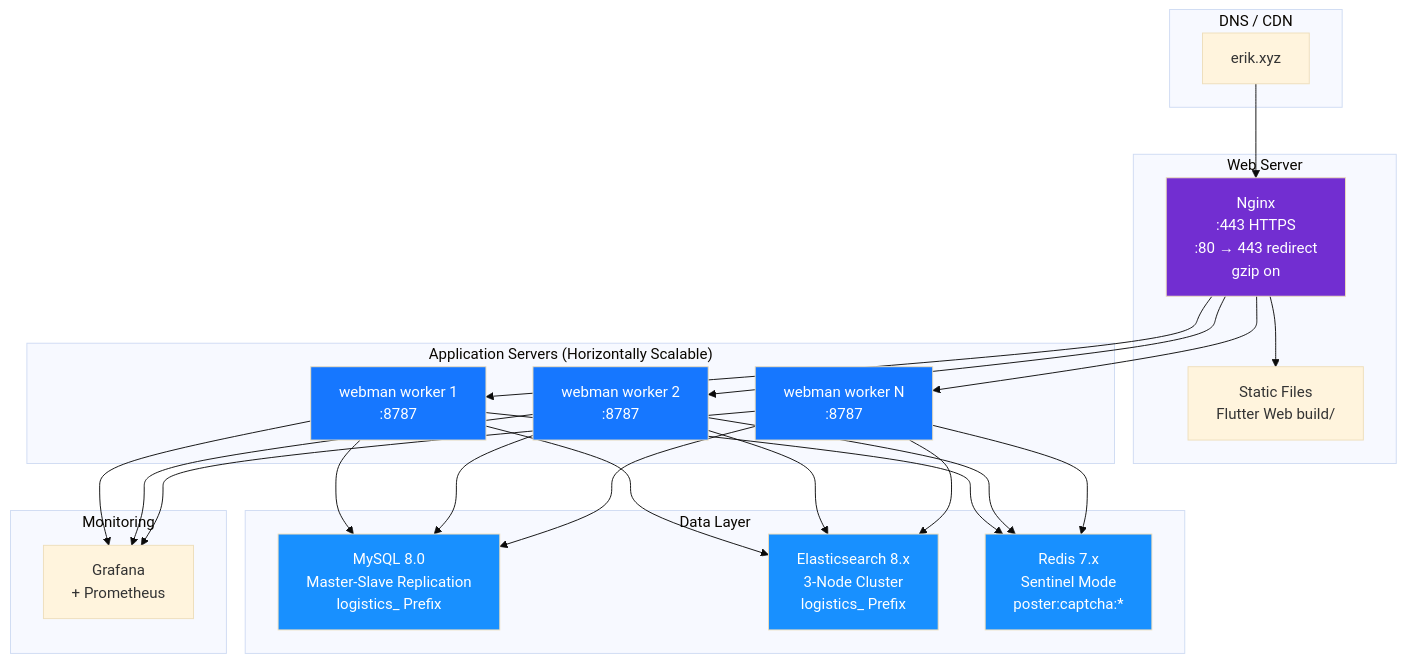
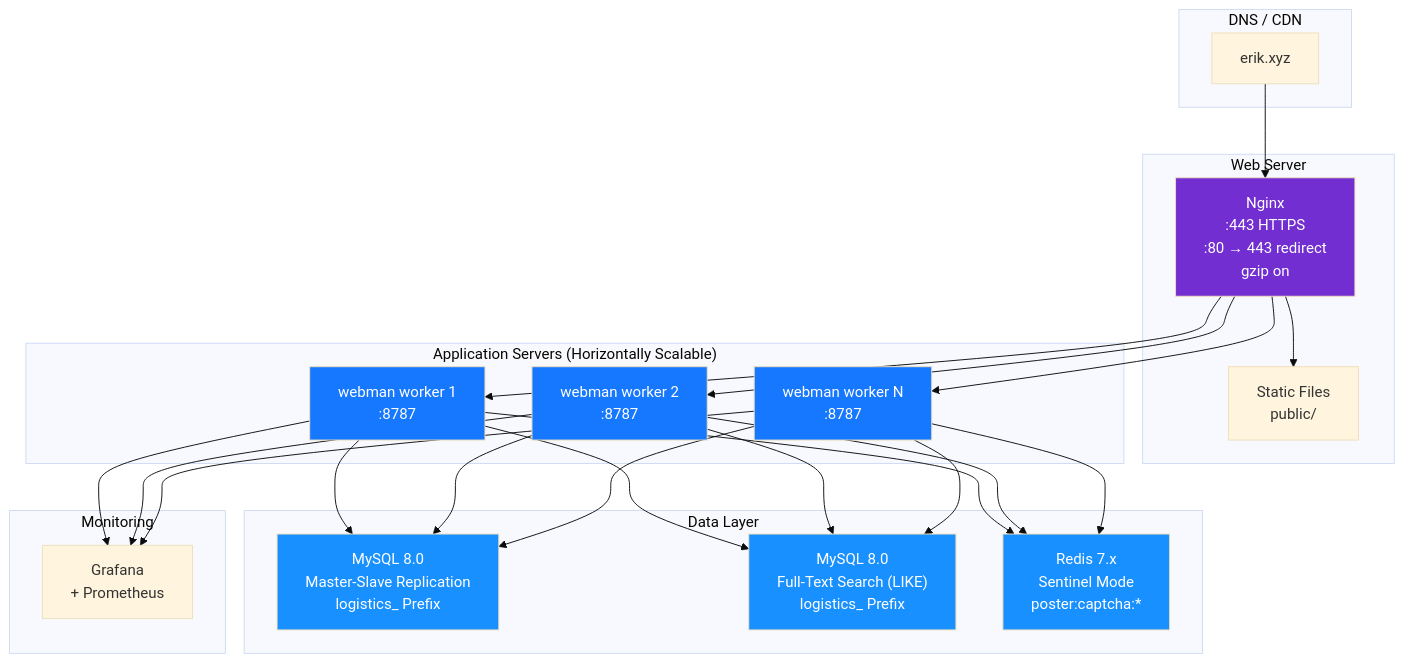
Diagram 12 of 12 in admin/docs/ARCHITECTURE.en.md (erikwang2013/integrated-global-logistics), drawn with Mermaid (base theme) before and after one commit. The commit also changed other lines of this file and 361 other files, not shown here.

Commit message:
文档：仅保留中英文 README，清理已移除功能与过时图片

````diff
--- a/admin/docs/ARCHITECTURE.en.md
+++ b/admin/docs/ARCHITECTURE.en.md
@@ -648,43 +601,43 @@
 ```mermaid
 flowchart TB
     subgraph "DNS / CDN"
         DNS["erik.xyz"]
     end
 
     subgraph "Web Server"
         NGX["Nginx<br/>:443 HTTPS<br/>:80 → 443 redirect<br/>gzip on"]
-        STA["Static Files<br/>Flutter Web build/"]
+        STA["Static Files<br/>public/"]
     end
 
     subgraph "Application Servers (Horizontally Scalable)"
         WM1["webman worker 1<br/>:8787"]
         WM2["webman worker 2<br/>:8787"]
         WM3["webman worker N<br/>:8787"]
     end
 
     subgraph "Data Layer"
         MYSQL["MySQL 8.0<br/>Master-Slave Replication<br/>logistics_ Prefix"]
-        ES["Elasticsearch 8.x<br/>3-Node Cluster<br/>logistics_ Prefix"]
+        ES["MySQL 8.0<br/>Full-Text Search (LIKE)<br/>logistics_ Prefix"]
         REDIS["Redis 7.x<br/>Sentinel Mode<br/>poster:captcha:*"]
     end
 
     subgraph "Monitoring"
         MON["Grafana<br/>+ Prometheus"]
     end
 
     DNS --> NGX
     NGX --> STA
     NGX --> WM1 & WM2 & WM3
     WM1 & WM2 & WM3 --> MYSQL
     WM1 & WM2 & WM3 --> ES
     WM1 & WM2 & WM3 --> REDIS
     WM1 & WM2 & WM3 --> MON
 
     style NGX fill:#722ED1,color:#fff
     style WM1 fill:#1677FF,color:#fff
     style WM2 fill:#1677FF,color:#fff
     style WM3 fill:#1677FF,color:#fff
     style MYSQL fill:#1890FF,color:#fff
     style ES fill:#1890FF,color:#fff
     style REDIS fill:#1890FF,color:#fff
 ```
````
